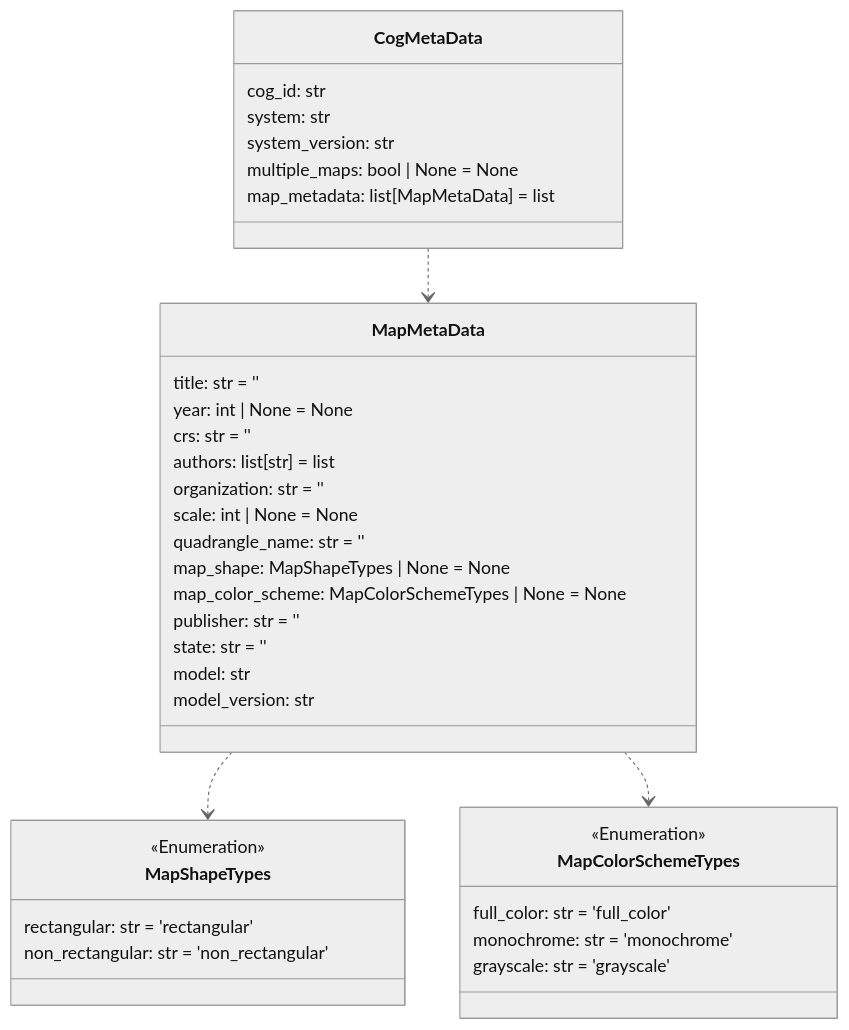
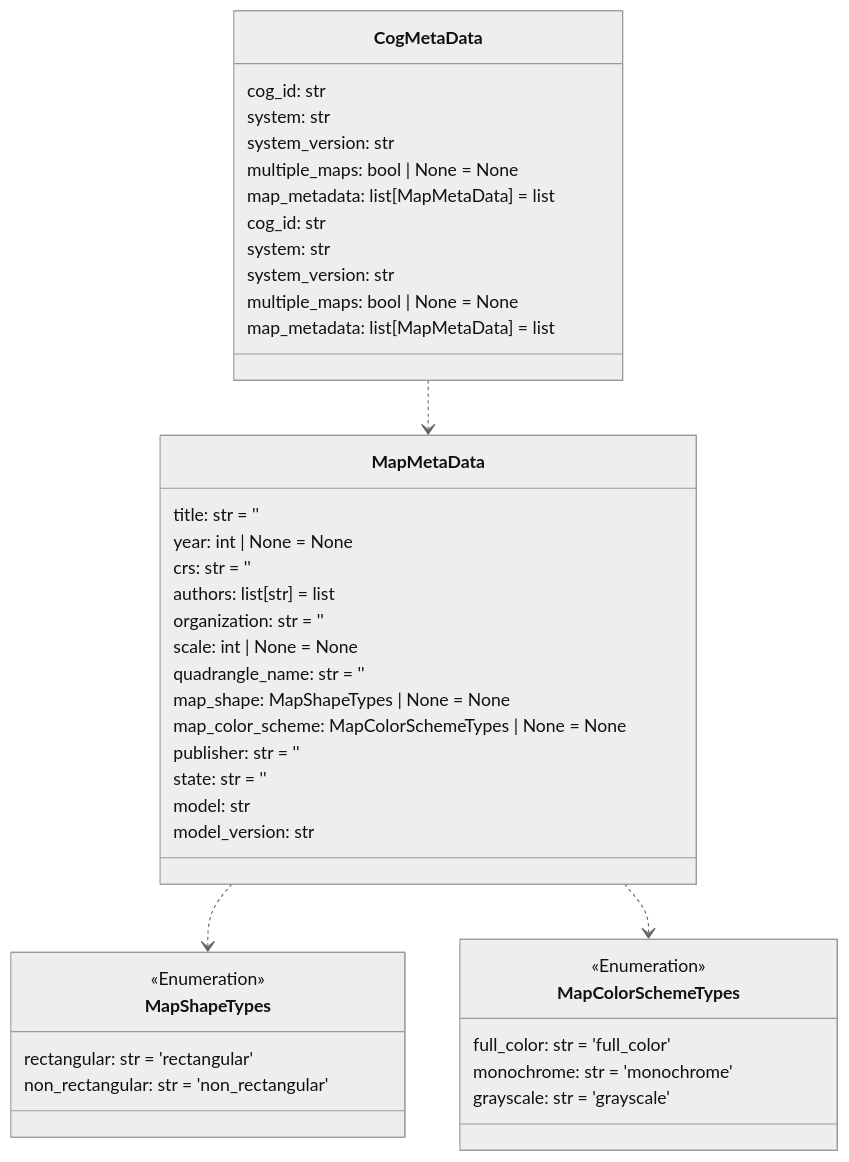
Before and after one commit to DARPA-CRITICALMAAS/cdr_schemas: the third of 14 diagrams in README.md, drawn with Mermaid (neutral theme). The commit also changed other lines of this file and 3 other files, not shown here.

````diff
--- a/README.md
+++ b/README.md
@@ -204,46 +212,54 @@
 ```mermaid
 classDiagram
 
     class MapShapeTypes {
         <<Enumeration>>
         rectangular: str = 'rectangular'
         non_rectangular: str = 'non_rectangular'
+    }
+
+    class CogMetaData {
+        cog_id: str
+        system: str
+        system_version: str
+        multiple_maps: bool | None = None
+        map_metadata: list[MapMetaData] = list
     }
 
     class MapMetaData {
         title: str = ''
         year: int | None = None
         crs: str = ''
         authors: list[str] = list
         organization: str = ''
         scale: int | None = None
         quadrangle_name: str = ''
         map_shape: MapShapeTypes | None = None
         map_color_scheme: MapColorSchemeTypes | None = None
         publisher: str = ''
         state: str = ''
         model: str
         model_version: str
     }
 
     class MapColorSchemeTypes {
         <<Enumeration>>
         full_color: str = 'full_color'
         monochrome: str = 'monochrome'
         grayscale: str = 'grayscale'
     }
 
     class CogMetaData {
         cog_id: str
         system: str
         system_version: str
         multiple_maps: bool | None = None
         map_metadata: list[MapMetaData] = list
     }
 
     MapMetaData ..> MapShapeTypes
     MapMetaData ..> MapColorSchemeTypes
     CogMetaData ..> MapMetaData
 
 
 ```
````
